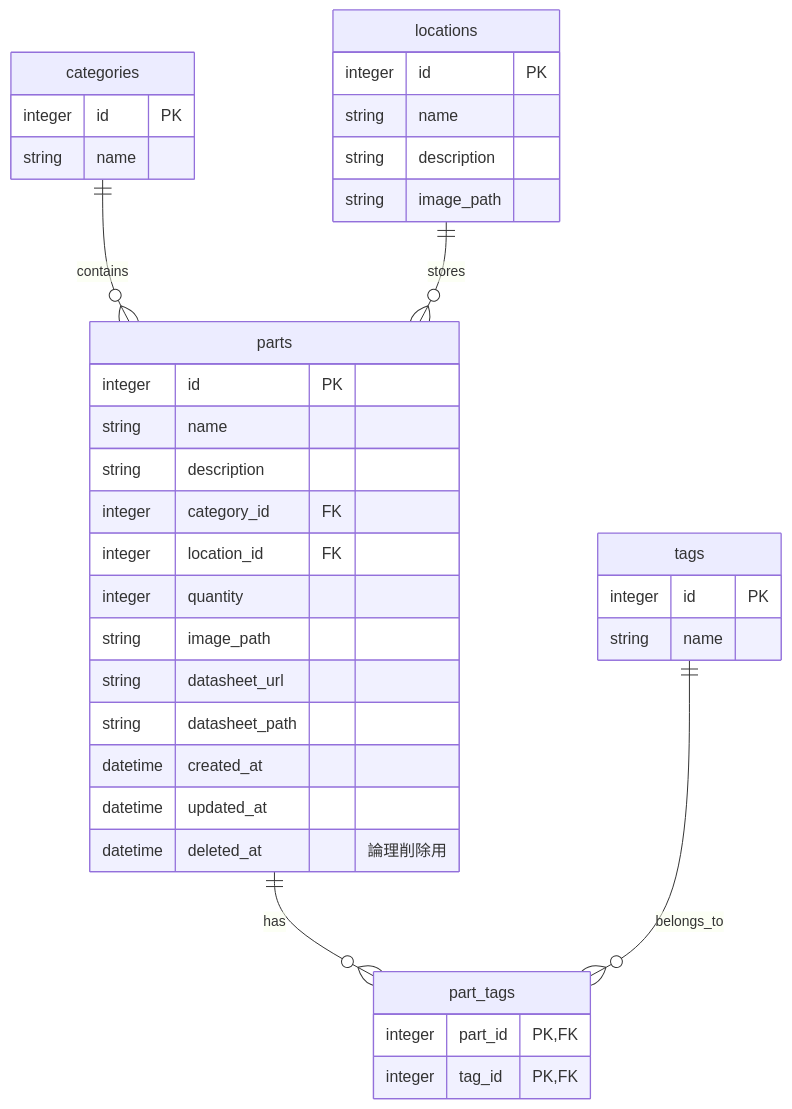
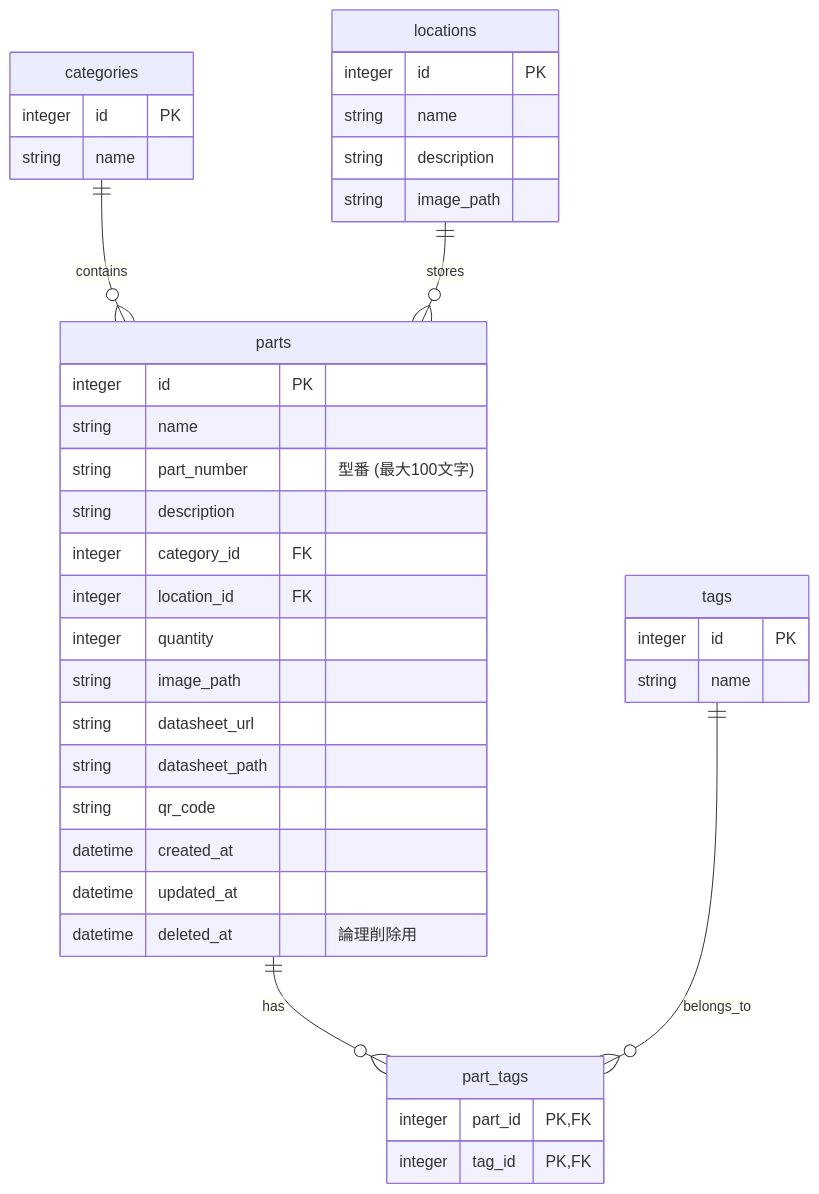
One commit to kuninet/electronic-parts-manager changed the diagram in docs/DATABASE.md. Above: the diagram before and after it, drawn with Mermaid. The commit also changed other lines of this file and 19 other files, not shown here.

Commit message:
feat(parts): add part_number field and integrate with registration, search, and AI naming (#61)

````diff
--- a/docs/DATABASE.md
+++ b/docs/DATABASE.md
@@ -8,44 +8,46 @@
 ```mermaid
 erDiagram
     parts ||--o{ part_tags : has
     tags ||--o{ part_tags : belongs_to
     categories ||--o{ parts : contains
     locations ||--o{ parts : stores
 
     parts {
         integer id PK
         string name
+        string part_number "型番 (最大100文字)"
         string description
         integer category_id FK
         integer location_id FK
         integer quantity
         string image_path
         string datasheet_url
         string datasheet_path
+        string qr_code
         datetime created_at
         datetime updated_at
         datetime deleted_at "論理削除用"
     }
 
     categories {
         integer id PK
         string name
     }
 
     locations {
         integer id PK
         string name
         string description
         string image_path
     }
 
     tags {
         integer id PK
         string name
     }
 
     part_tags {
         integer part_id PK, FK
         integer tag_id PK, FK
     }
 ```
````
